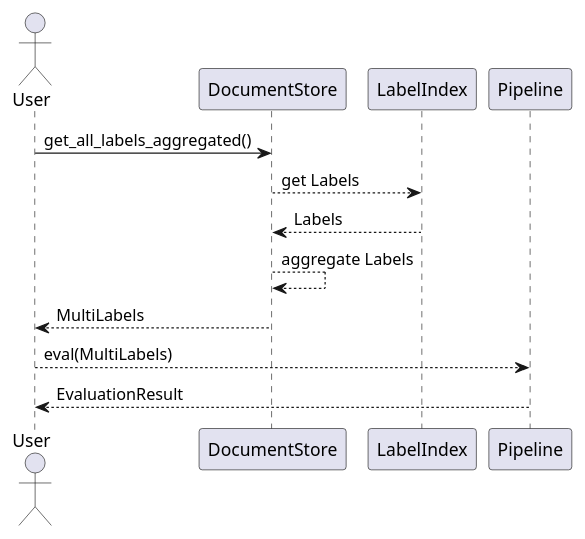
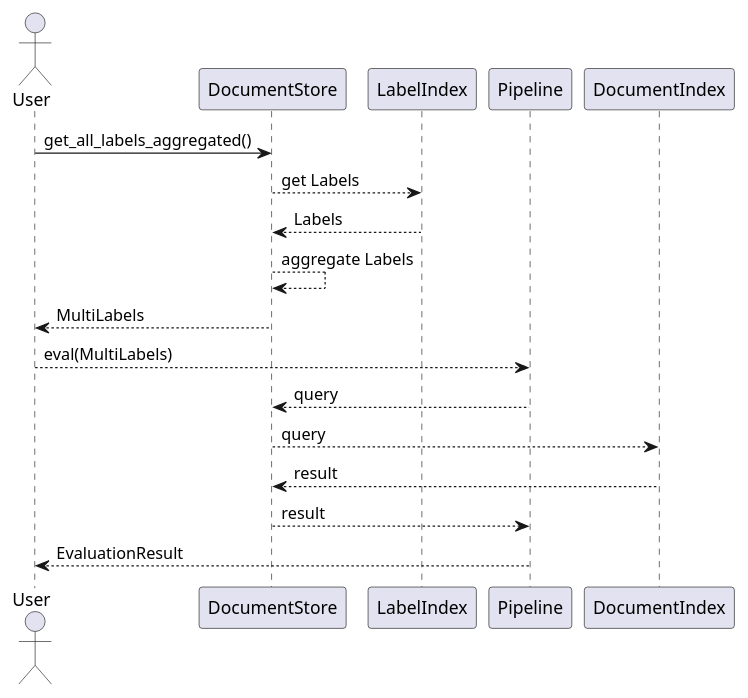
Before and after one commit to tstadel/arc: the diagram in use_labels.iuml, drawn with PlantUML.

```diff
--- a/use_labels.iuml
+++ b/use_labels.iuml
@@ -1,10 +1,14 @@
 @startuml
 actor User
 User -> DocumentStore: get_all_labels_aggregated()
 DocumentStore --> LabelIndex: get Labels
 LabelIndex --> DocumentStore: Labels
 DocumentStore --> DocumentStore: aggregate Labels
 DocumentStore --> User: MultiLabels
 User --> Pipeline: eval(MultiLabels)
+Pipeline --> DocumentStore: query
+DocumentStore --> DocumentIndex: query
+DocumentIndex --> DocumentStore: result
+DocumentStore --> Pipeline: result
 Pipeline --> User: EvaluationResult
 @enduml
```
